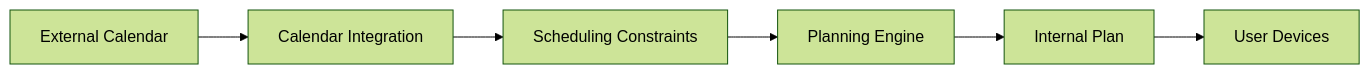
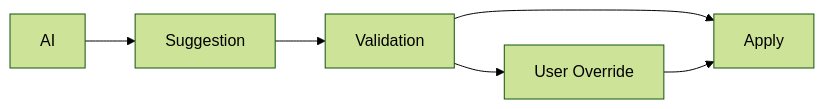
Diagram 12 of 19 in docs/roadmap.md (Alexsilvin/personal-productivity-system), drawn with Mermaid (forest theme) before and after one commit. The commit also changed other lines of this file and 1 other file, not shown here.

````diff
--- a/docs/roadmap.md
+++ b/docs/roadmap.md
@@ -1094,15 +1019,12 @@
-```mermaid id="e6q2o0"
+```mermaid
 flowchart LR
+    AI["AI"]
+    S["Suggestion"]
+    V["Validation"]
+    A["Apply"]
+    U["User Override"]
 
-    CAL["External Calendar"]
-
-    CAL --> IMPORT["Calendar Integration"]
-
-    IMPORT --> CONSTRAINTS["Scheduling Constraints"]
-
-    CONSTRAINTS --> PLANNER["Planning Engine"]
-
-    PLANNER --> PLAN["Internal Plan"]
-
-    PLAN --> CLIENT["User Devices"]
+    AI --> S --> V --> A
+    V --> U
+    U --> A
 ```
````
